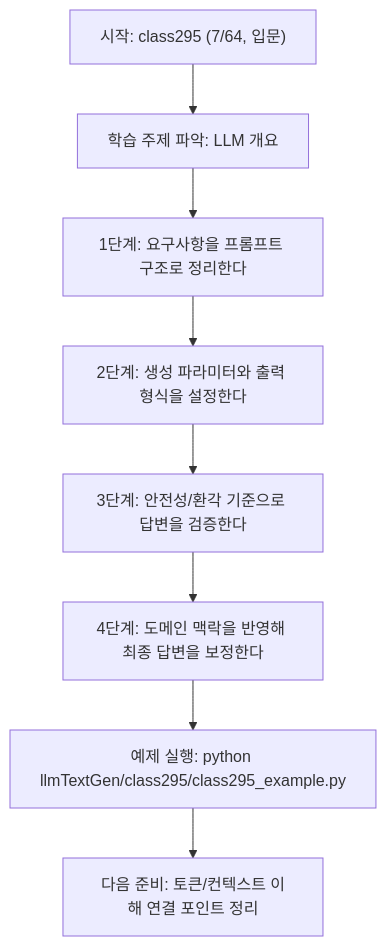
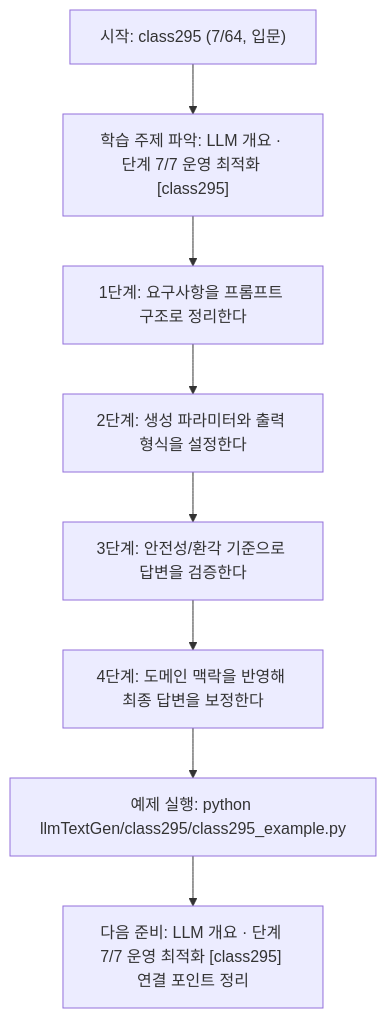
The diagram in llmTextGen/class295/class295.md (edumgt/Python-AI_Agent-Class), drawn with Mermaid before and after one commit. The commit also changed other lines of this file and 522 other files, not shown here.

````diff
--- a/llmTextGen/class295/class295.md
+++ b/llmTextGen/class295/class295.md
@@ -112,18 +113,18 @@
 ```mermaid
 flowchart TD
 N1["시작: class295 (7/64, 입문)"]
-N2["학습 주제 파악: LLM 개요"]
+N2["학습 주제 파악: LLM 개요 · 단계 7/7 운영 최적화 [class295]"]
 N3["1단계: 요구사항을 프롬프트 구조로 정리한다"]
 N4["2단계: 생성 파라미터와 출력 형식을 설정한다"]
 N5["3단계: 안전성/환각 기준으로 답변을 검증한다"]
 N6["4단계: 도메인 맥락을 반영해 최종 답변을 보정한다"]
 N7["예제 실행: python llmTextGen/class295/class295_example.py"]
-N8["다음 준비: 토큰/컨텍스트 이해 연결 포인트 정리"]
+N8["다음 준비: LLM 개요 · 단계 7/7 운영 최적화 [class295] 연결 포인트 정리"]
 N1 --> N2
 N2 --> N3
 N3 --> N4
 N4 --> N5
 N5 --> N6
 N6 --> N7
 N7 --> N8
 ```
````
